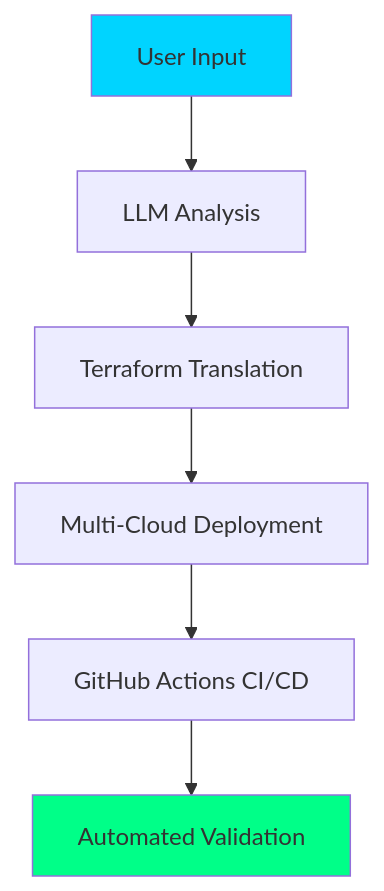
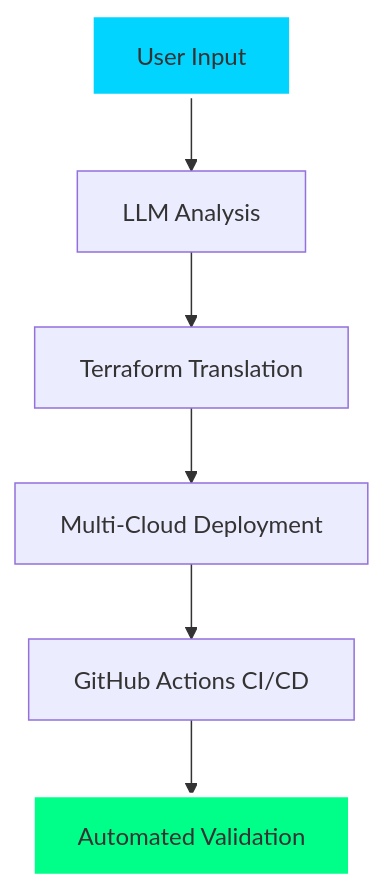
The second of 6 diagrams in README.md (Ravitejas1596/Ravitejas1596), drawn with Mermaid before and after one commit. The commit also changed other lines of this file, not shown here.

````diff
--- a/README.md
+++ b/README.md
@@ -134,11 +158,11 @@
 ```mermaid
 graph TD
     A[User Input] --> B[LLM Analysis]
     B --> C[Terraform Translation]
     C --> D[Multi-Cloud Deployment]
     D --> E[GitHub Actions CI/CD]
     E --> F[Automated Validation]
     
-    style A fill:#00D4FF
-    style F fill:#00FF88
+    style A fill:#00D4FF,stroke:#fff,stroke-width:3px
+    style F fill:#00FF88,stroke:#fff,stroke-width:3px
 ```
````
